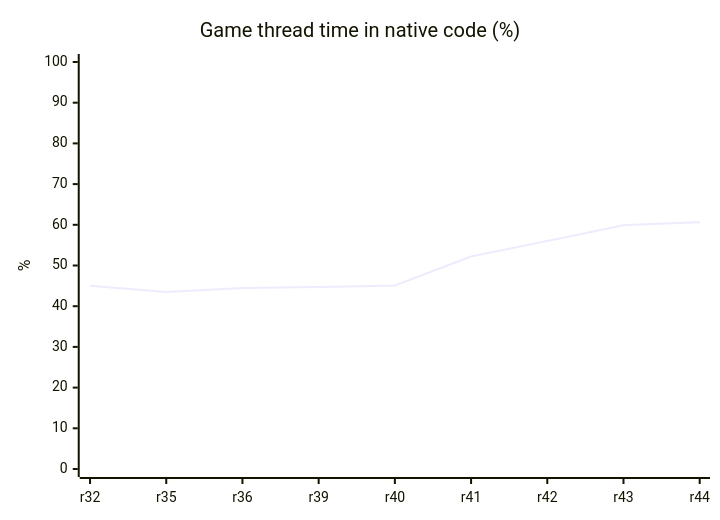
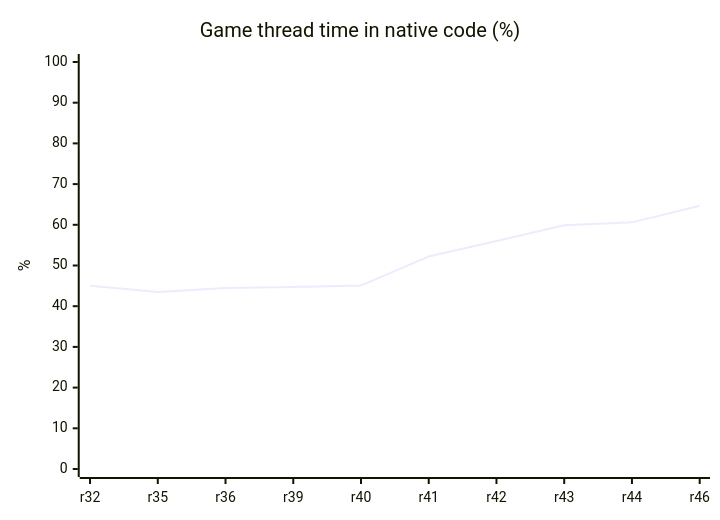
The diagram in README.md (HenryKun55/celosia), drawn with Mermaid before and after one commit. The commit also changed other lines of this file and 20 other files, not shown here.

````diff
--- a/README.md
+++ b/README.md
@@ -250,7 +251,7 @@
 ```mermaid
 xychart-beta
     title "Game thread time in native code (%)"
-    x-axis ["r32", "r35", "r36", "r39", "r40", "r41", "r42", "r43", "r44"]
+    x-axis ["r32", "r35", "r36", "r39", "r40", "r41", "r42", "r43", "r44", "r46"]
     y-axis "%" 0 --> 100
-    line [45.0, 43.5, 44.5, 44.7, 45.1, 52.2, 56.0, 59.9, 60.6]
+    line [45.0, 43.5, 44.5, 44.7, 45.1, 52.2, 56.0, 59.9, 60.6, 64.7]
 ```
````
